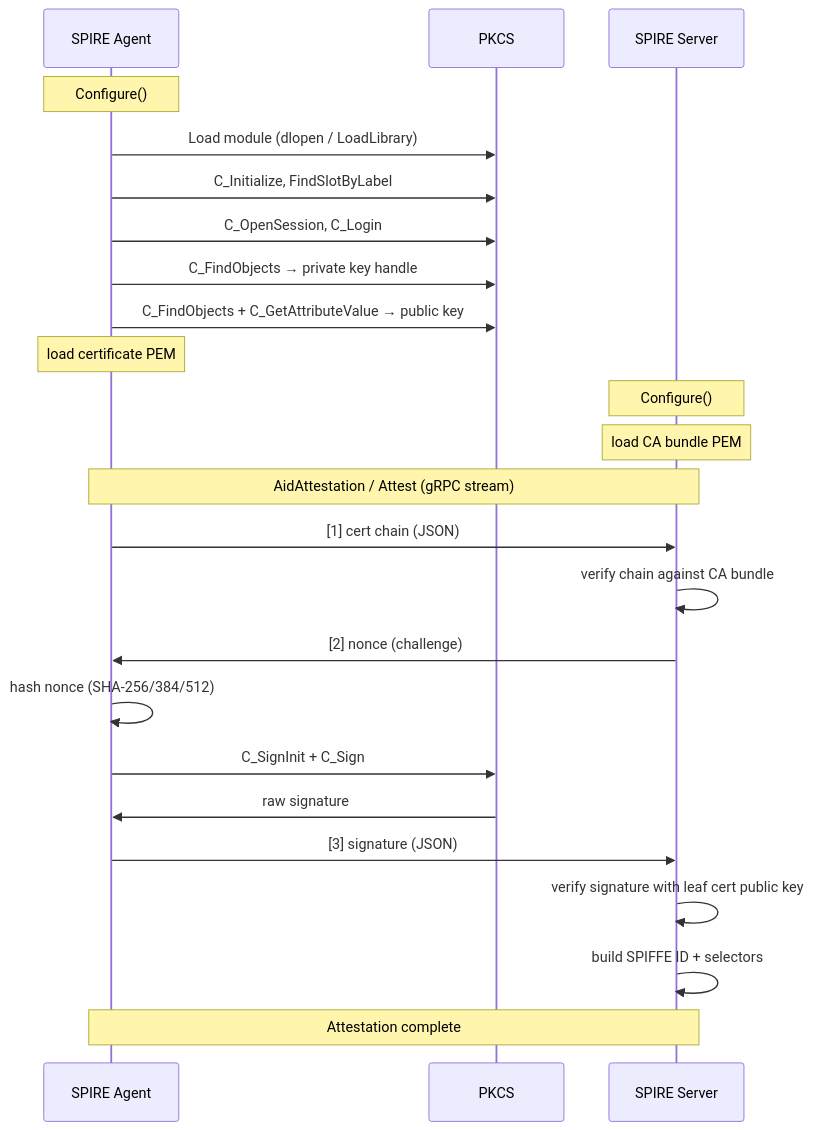
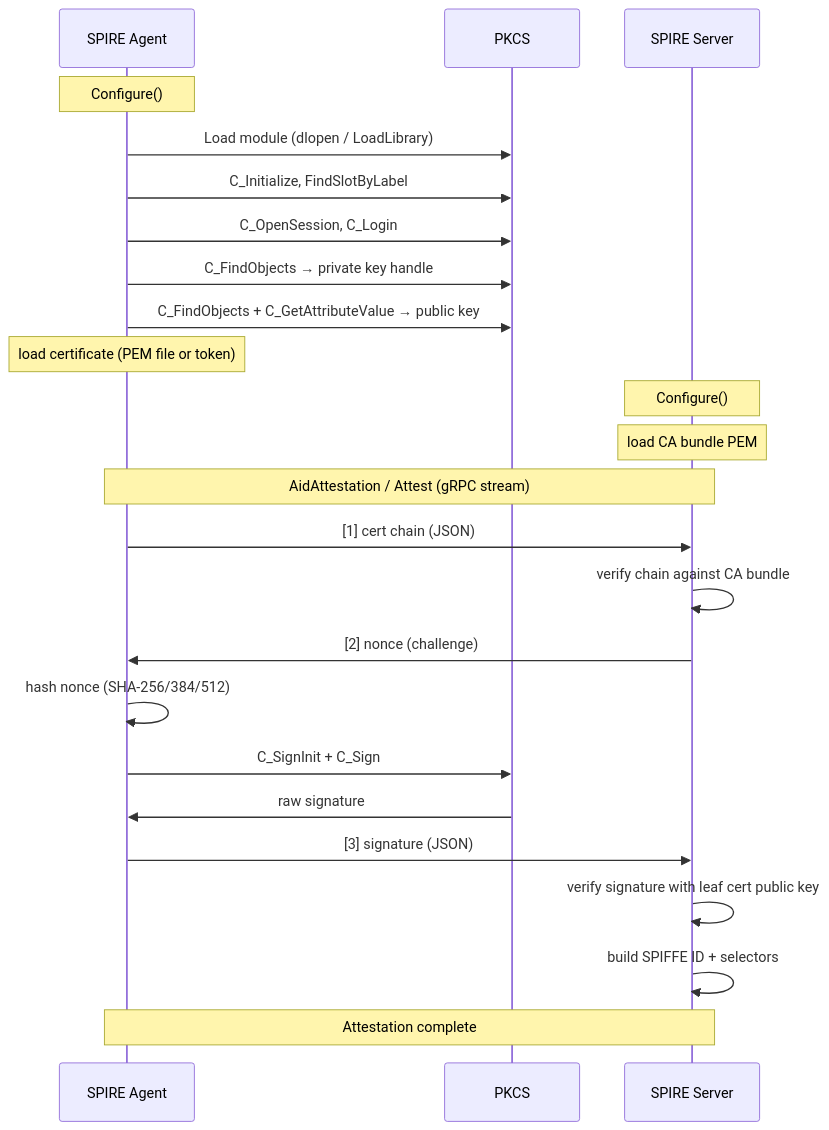
Before and after one commit to aizu-hiroki/spire-plugin-node-attestor-x509pop-pkcs11: the second of 2 diagrams in docs/architecture.md, drawn with Mermaid. The commit also changed other lines of this file and 8 other files, not shown here.

````diff
--- a/docs/architecture.md
+++ b/docs/architecture.md
@@ -66,29 +67,29 @@
 ```mermaid
 sequenceDiagram
     participant A as SPIRE Agent
     participant H as PKCS#11 HSM
     participant S as SPIRE Server
 
     Note over A: Configure()
     A->>H: Load module (dlopen / LoadLibrary)
     A->>H: C_Initialize, FindSlotByLabel
     A->>H: C_OpenSession, C_Login
     A->>H: C_FindObjects → private key handle
     A->>H: C_FindObjects + C_GetAttributeValue → public key
-    Note over A: load certificate PEM
+    Note over A: load certificate (PEM file or token)
 
     Note over S: Configure()
     Note over S: load CA bundle PEM
 
     Note over A,S: AidAttestation / Attest (gRPC stream)
     A->>S: [1] cert chain (JSON)
     S->>S: verify chain against CA bundle
     S->>A: [2] nonce (challenge)
     A->>A: hash nonce (SHA-256/384/512)
     A->>H: C_SignInit + C_Sign
     H->>A: raw signature
     A->>S: [3] signature (JSON)
     S->>S: verify signature with leaf cert public key
     S->>S: build SPIFFE ID + selectors
     Note over A,S: Attestation complete
 ```
````
